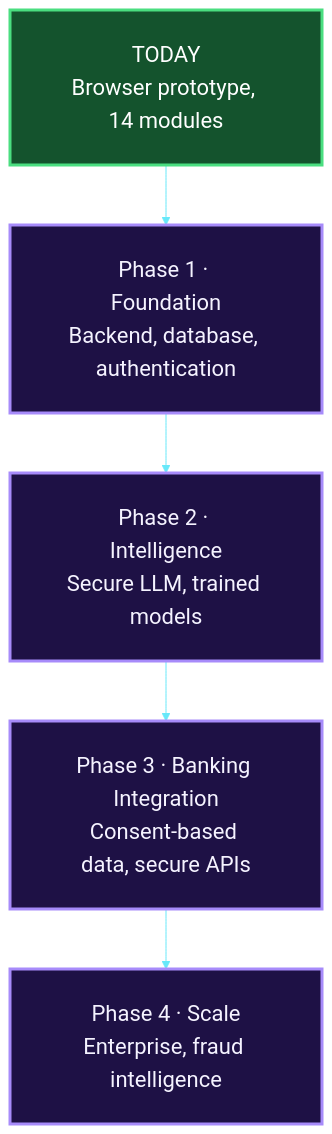
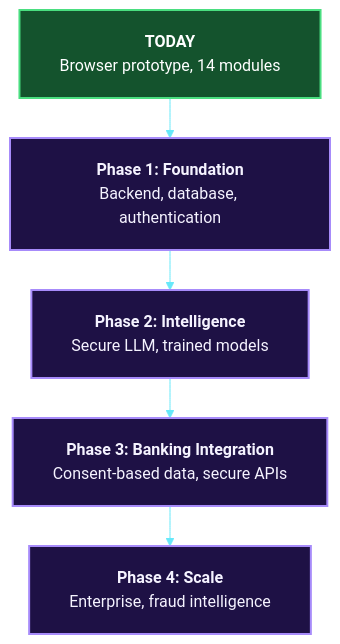
One commit to Mansi232323/MANSHORA changed diagram 13 of 13 in README.md. Above: the diagram before and after it, drawn with Mermaid. The commit also changed other lines of this file, not shown here.

````diff
--- a/README.md
+++ b/README.md
@@ -553,14 +538,14 @@
 ```mermaid
-%%{init: {'theme':'base','themeVariables':{'fontSize':'22px','fontFamily':'Arial, Helvetica, sans-serif','lineColor':'#67e8f9','clusterBkg':'#0f0f2b','clusterBorder':'#a78bfa','titleColor':'#e9d5ff','edgeLabelBackground':'#0f0f2b'},'flowchart':{'nodeSpacing':45,'rankSpacing':60,'padding':28,'htmlLabels':false,'useMaxWidth':true}}}%%
+%%{init: {'theme':'base','themeVariables':{'fontSize':'16px','fontFamily':'Arial, Helvetica, sans-serif','lineColor':'#67e8f9'},'flowchart':{'htmlLabels':true,'nodeSpacing':30,'rankSpacing':40,'padding':20,'wrappingWidth':240}}}%%
 flowchart TB
-    P0["TODAY<br/>Browser prototype, 14 modules"]
-    P1["Phase 1 · Foundation<br/>Backend, database, authentication"]
-    P2["Phase 2 · Intelligence<br/>Secure LLM, trained models"]
-    P3["Phase 3 · Banking Integration<br/>Consent-based data, secure APIs"]
-    P4["Phase 4 · Scale<br/>Enterprise, fraud intelligence"]
+    P0["<b>TODAY</b><br/>Browser prototype, 14 modules"]
+    P1["<b>Phase 1: Foundation</b><br/>Backend, database, authentication"]
+    P2["<b>Phase 2: Intelligence</b><br/>Secure LLM, trained models"]
+    P3["<b>Phase 3: Banking Integration</b><br/>Consent-based data, secure APIs"]
+    P4["<b>Phase 4: Scale</b><br/>Enterprise, fraud intelligence"]
     P0 --> P1 --> P2 --> P3 --> P4
-    classDef done fill:#14532d,stroke:#4ade80,stroke-width:3px,color:#ffffff
-    classDef next fill:#1e1145,stroke:#a78bfa,stroke-width:3px,color:#f5f3ff
+    classDef done fill:#14532d,stroke:#4ade80,stroke-width:2px,color:#ffffff
+    classDef next fill:#1e1145,stroke:#a78bfa,stroke-width:2px,color:#f5f3ff
     class P0 done
     class P1,P2,P3,P4 next
 ```
````
